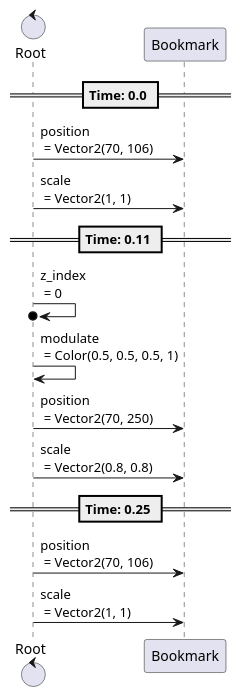
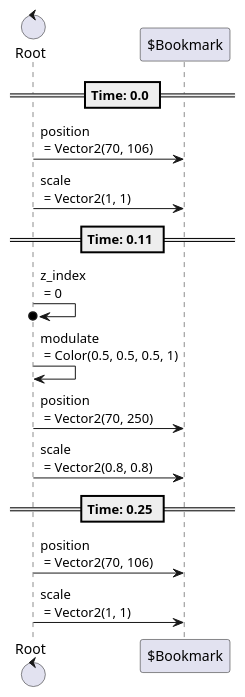
The fourth of 4 diagrams in content/scenes/src/beginning/chapters/menu/bookmark/bookmark.tscn.adoc (tkmfujise/Platformer-Game-Learning), drawn with PlantUML before and after one commit. The commit also changed other lines of this file and 31 other files, not shown here.

Commit message:
Add prefix $ to node name in animation sequences

```diff
--- a/content/scenes/src/beginning/chapters/menu/bookmark/bookmark.tscn.adoc
+++ b/content/scenes/src/beginning/chapters/menu/bookmark/bookmark.tscn.adoc
@@ -106,21 +106,21 @@
 [plantuml]
 ....
-control "Root" as Root
-participant "Bookmark" as T2
+control "Root" as R
+participant "$Bookmark" as T2
 
 
 
 == Time: 0.0 ==
-Root  ->  T2 : position\n = Vector2(70, 106)
-Root  ->  T2 : scale\n = Vector2(1, 1)
+R  ->  T2 : position\n = Vector2(70, 106)
+R  ->  T2 : scale\n = Vector2(1, 1)
 == Time: 0.11 ==
-Root  ->o  Root : z_index\n = 0
-Root  ->  Root : modulate\n = Color(0.5, 0.5, 0.5, 1)
-Root  ->  T2 : position\n = Vector2(70, 250)
-Root  ->  T2 : scale\n = Vector2(0.8, 0.8)
+R  ->o  R : z_index\n = 0
+R  ->  R : modulate\n = Color(0.5, 0.5, 0.5, 1)
+R  ->  T2 : position\n = Vector2(70, 250)
+R  ->  T2 : scale\n = Vector2(0.8, 0.8)
 == Time: 0.25 ==
-Root  ->  T2 : position\n = Vector2(70, 106)
-Root  ->  T2 : scale\n = Vector2(1, 1)
+R  ->  T2 : position\n = Vector2(70, 106)
+R  ->  T2 : scale\n = Vector2(1, 1)
 
 
 ....
```
